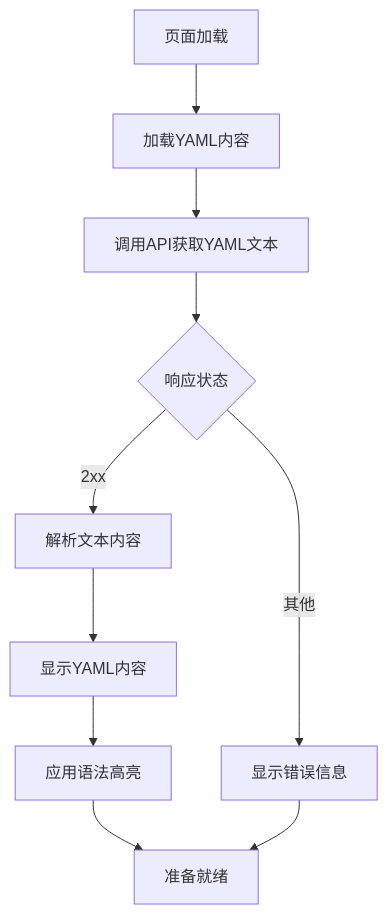
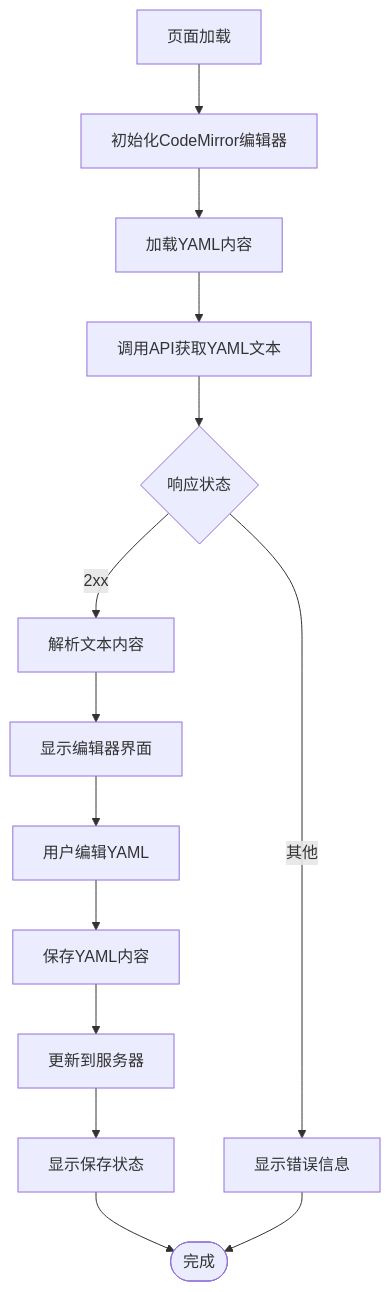
The eighth of 13 diagrams in .qoder/repowiki/zh/content/前端界面/JavaScript交互逻辑.md (tjujingzong/Novel-to-Screenplay), drawn with Mermaid before and after one commit. The commit also changed other lines of this file and 6 other files, not shown here.

````diff
--- a/.qoder/repowiki/zh/content/前端界面/JavaScript交互逻辑.md
+++ b/.qoder/repowiki/zh/content/前端界面/JavaScript交互逻辑.md
@@ -279,12 +350,16 @@
 ```mermaid
 flowchart TD
-PageLoad["页面加载"] --> LoadYAML["加载YAML内容"]
+PageLoad["页面加载"] --> InitEditor["初始化CodeMirror编辑器"]
+InitEditor --> LoadYAML["加载YAML内容"]
 LoadYAML --> FetchAPI["调用API获取YAML文本"]
 FetchAPI --> Response{"响应状态"}
 Response --> |2xx| ParseText["解析文本内容"]
 Response --> |其他| ShowError["显示错误信息"]
-ParseText --> DisplayContent["显示YAML内容"]
-DisplayContent --> ApplyHighlight["应用语法高亮"]
-ApplyHighlight --> Ready["准备就绪"]
-ShowError --> Ready
+ParseText --> DisplayEditor["显示编辑器界面"]
+DisplayEditor --> UserEdit["用户编辑YAML"]
+UserEdit --> SaveYAML["保存YAML内容"]
+SaveYAML --> UpdateAPI["更新到服务器"]
+UpdateAPI --> ShowStatus["显示保存状态"]
+ShowStatus --> Complete([完成])
+ShowError --> Complete
 ```
````
